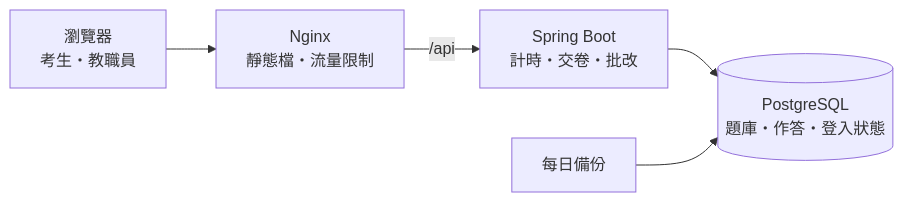
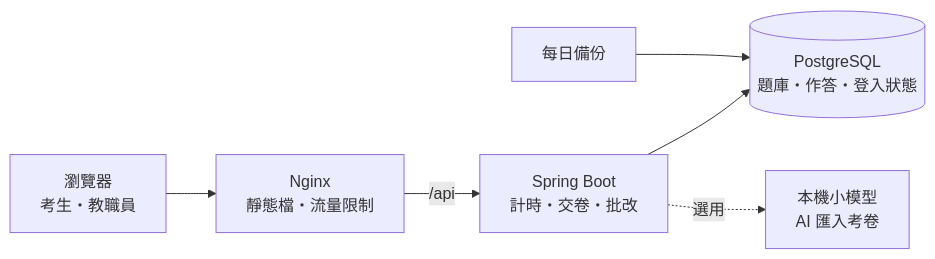
One commit to alaner652/alaner652-portfolio-2026 changed the diagram in src/content/projects/testa.mdx. Above: the diagram before and after it, drawn with Mermaid. The commit also changed other lines of this file and 5 other files, not shown here.

````diff
--- a/src/content/projects/testa.mdx
+++ b/src/content/projects/testa.mdx
@@ -13,7 +13,8 @@
 ```mermaid
 flowchart LR
     U[瀏覽器<br/>考生・教職員] --> N[Nginx<br/>靜態檔・流量限制]
     N -->|/api| S[Spring Boot<br/>計時・交卷・批改]
     S --> D[(PostgreSQL<br/>題庫・作答・登入狀態)]
+    S -. 選用 .-> M[本機小模型<br/>AI 匯入考卷]
     B[每日備份] --> D
 ```
````
